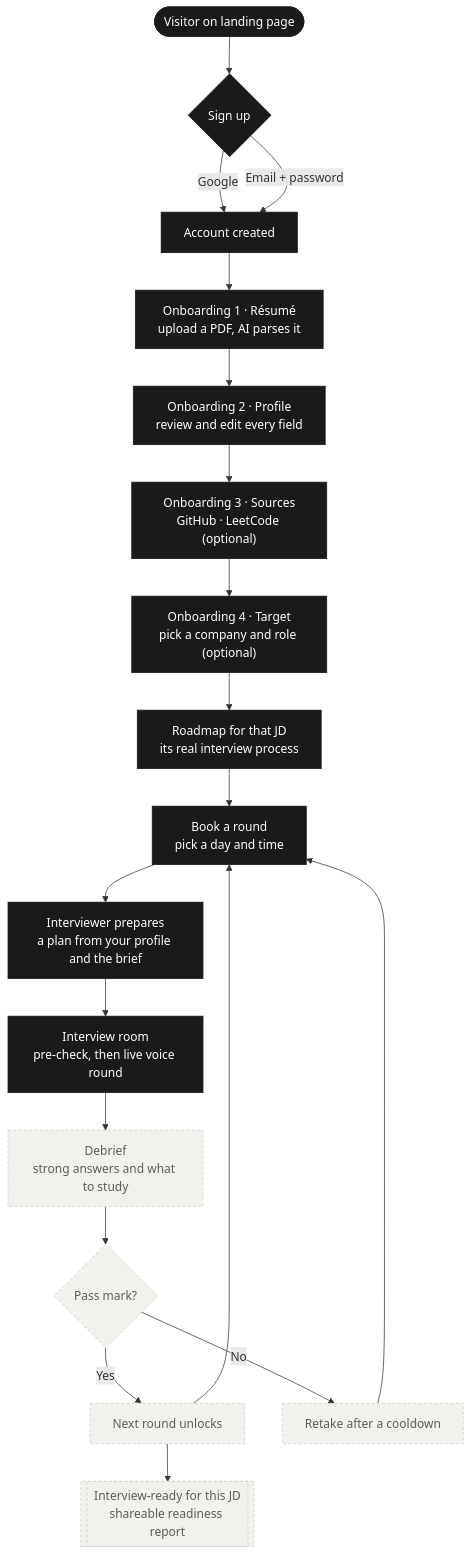
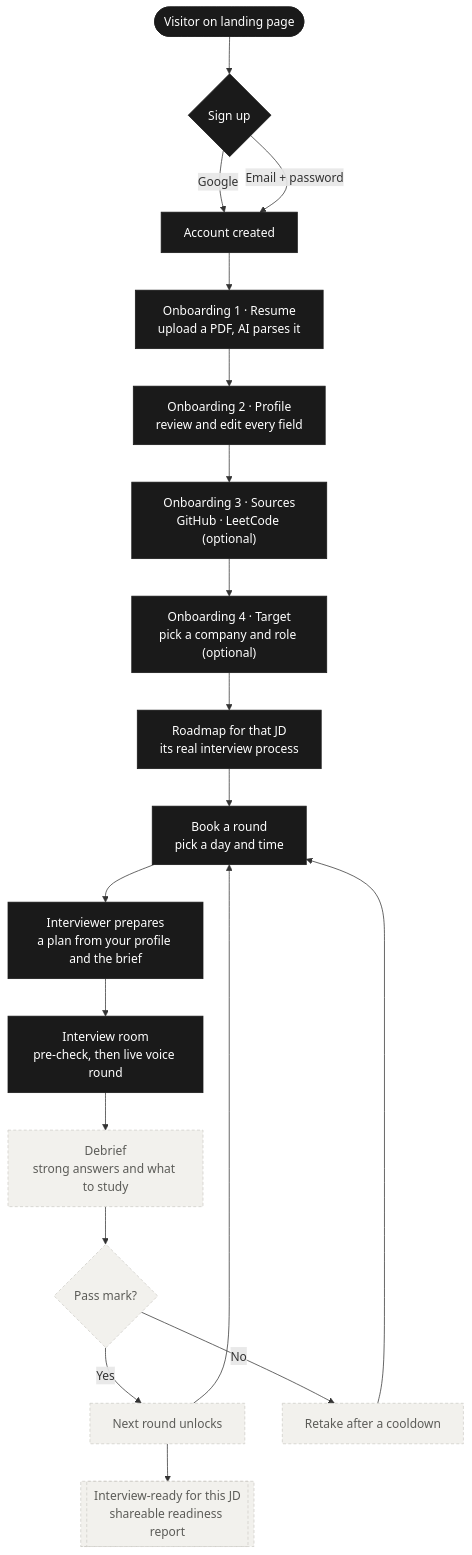
Before and after one commit to DeepanshuTyagi2004/interviewiq: the first of 8 diagrams in README.md, drawn with Mermaid. The commit also changed other lines of this file and 70 other files, not shown here.

First line of the commit message:
fix(onboarding,auth): viewport-fit screens, draft autosave, safe redirects; spell "resume"

````diff
--- a/README.md
+++ b/README.md
@@ -101,26 +101,26 @@
 ```mermaid
 flowchart TD
     A([Visitor on landing page]) --> B{Sign up}
     B -->|Google| C[Account created]
     B -->|Email + password| C
-    C --> D["Onboarding 1 · Résumé<br/>upload a PDF, AI parses it"]
+    C --> D["Onboarding 1 · Resume<br/>upload a PDF, AI parses it"]
     D --> E["Onboarding 2 · Profile<br/>review and edit every field"]
     E --> F["Onboarding 3 · Sources<br/>GitHub · LeetCode (optional)"]
     F --> G["Onboarding 4 · Target<br/>pick a company and role (optional)"]
     G --> H[Roadmap for that JD<br/>its real interview process]
     H --> I[Book a round<br/>pick a day and time]
     I --> J[Interviewer prepares<br/>a plan from your profile and the brief]
     J --> K[Interview room<br/>pre-check, then live voice round]
     K --> L[Debrief<br/>strong answers and what to study]
     L --> M{Pass mark?}
     M -->|Yes| N[Next round unlocks]
     M -->|No| O[Retake after a cooldown]
     N --> P[[Interview-ready for this JD<br/>shareable readiness report]]
     O --> I
     N --> I
 
     classDef built fill:#1a1a1a,color:#fff,stroke:#1a1a1a;
     classDef planned fill:#f2f1ed,color:#5c5c58,stroke:#cfcec8,stroke-dasharray: 4 3;
     class A,B,C,D,E,F,G,H,I,J,K built;
     class L,M,N,O,P planned;
 ```
````
